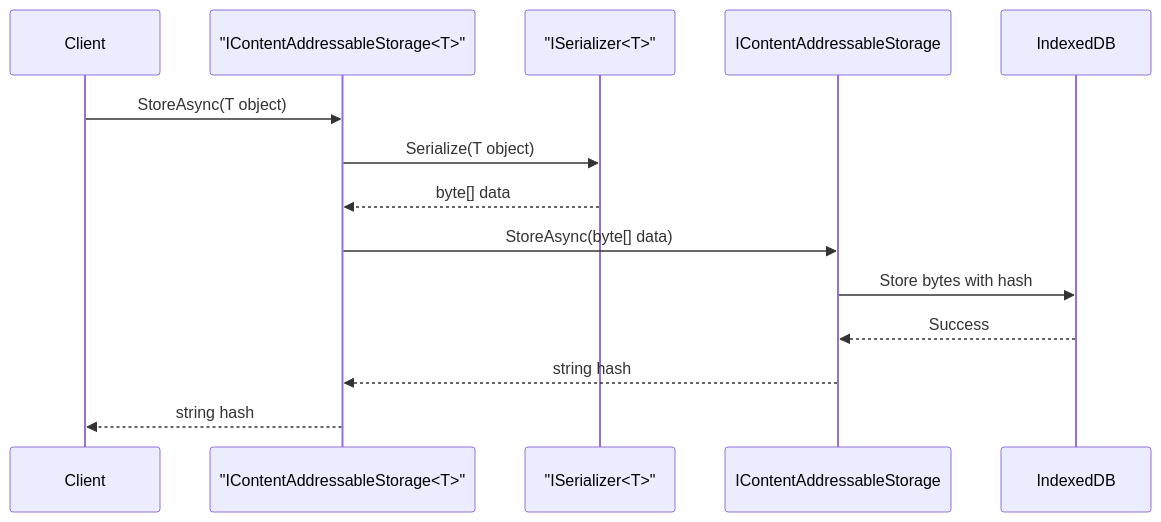
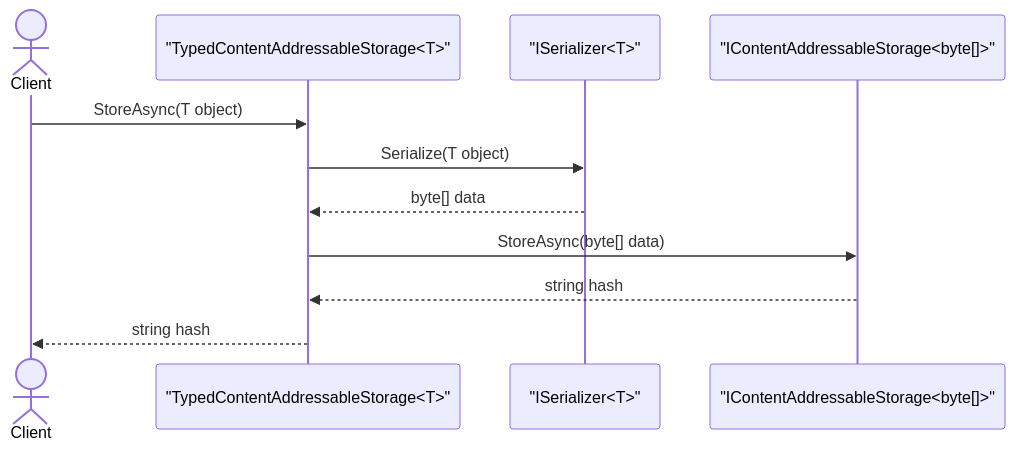
One commit to o2alexanderfedin/Nolock.social.frontends changed the second of 9 diagrams in docs/architecture/storage/typed-cas-design.md. Above: the diagram before and after it, drawn with Mermaid. The commit also changed other lines of this file and 10 other files, not shown here.

First line of the commit message:
feat: implement typed content-addressable storage with serialization

````diff
--- a/docs/architecture/storage/typed-cas-design.md
+++ b/docs/architecture/storage/typed-cas-design.md
@@ -157,17 +203,14 @@
 ```mermaid
 sequenceDiagram
-    participant Client
-    participant TypedCAS as "IContentAddressableStorage<T>"
+    actor Client
+    participant TypedCAS as "TypedContentAddressableStorage<T>"
     participant Serializer as "ISerializer<T>"
-    participant ByteCAS as IContentAddressableStorage
-    participant Storage as IndexedDB
+    participant ByteCAS as "IContentAddressableStorage<byte[]>"
     
     Client->>TypedCAS: StoreAsync(T object)
     TypedCAS->>Serializer: Serialize(T object)
     Serializer-->>TypedCAS: byte[] data
     TypedCAS->>ByteCAS: StoreAsync(byte[] data)
-    ByteCAS->>Storage: Store bytes with hash
-    Storage-->>ByteCAS: Success
     ByteCAS-->>TypedCAS: string hash
     TypedCAS-->>Client: string hash
 ```
````
